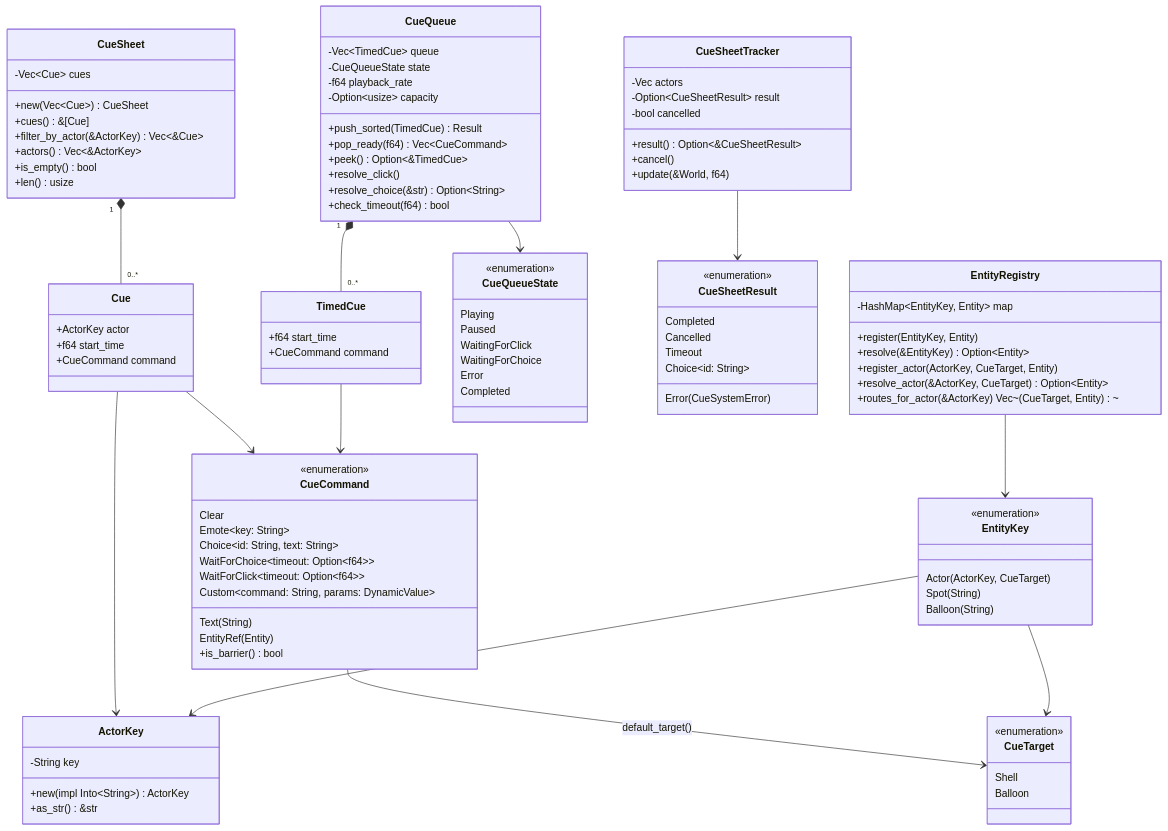
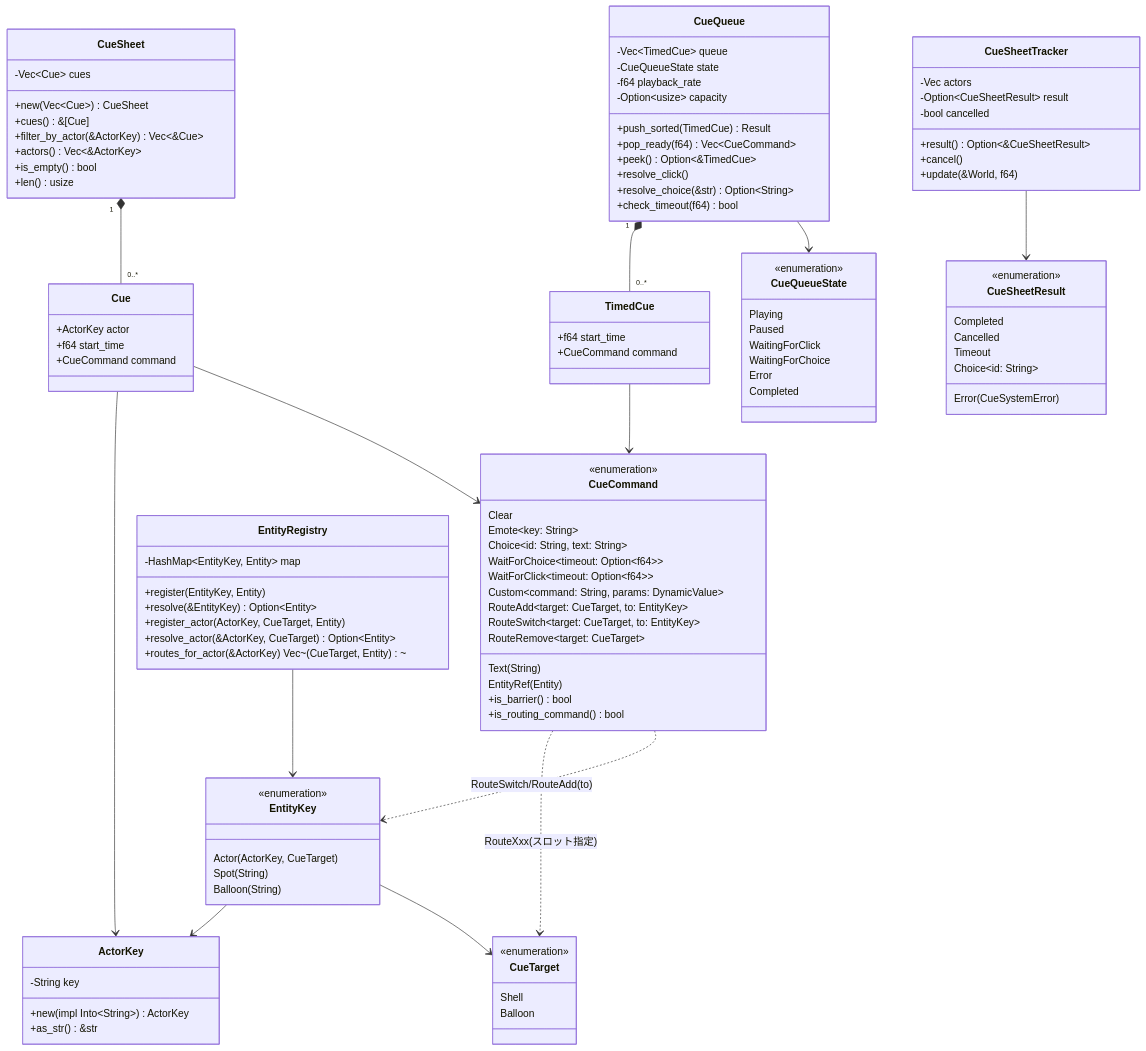
One commit to ekicyou/areka changed the fifth of 5 diagrams in .kiro/specs/wintf-P0-cue-system/design.md. Above: the diagram before and after it, drawn with Mermaid. The commit also changed other lines of this file, not shown here.

```diff
--- a/.kiro/specs/wintf-P0-cue-system/design.md
+++ b/.kiro/specs/wintf-P0-cue-system/design.md
@@ -1419,7 +1442,11 @@
         WaitForClick~timeout: Option~f64~~
         EntityRef(Entity)
         Custom~command: String, params: DynamicValue~
+        RouteAdd~target: CueTarget, to: EntityKey~
+        RouteSwitch~target: CueTarget, to: EntityKey~
+        RouteRemove~target: CueTarget~
         +is_barrier() bool
+        +is_routing_command() bool
     }
 
     class TimedCue {
@@ -1493,7 +1520,8 @@
     CueSheet "1" *-- "0..*" Cue
     Cue --> ActorKey
     Cue --> CueCommand
-    CueCommand --> CueTarget : default_target()
+    CueCommand ..> CueTarget : RouteXxx(スロット指定)
+    CueCommand ..> EntityKey : RouteSwitch/RouteAdd(to)
     CueQueue "1" *-- "0..*" TimedCue
     TimedCue --> CueCommand
     CueQueue --> CueQueueState
```
